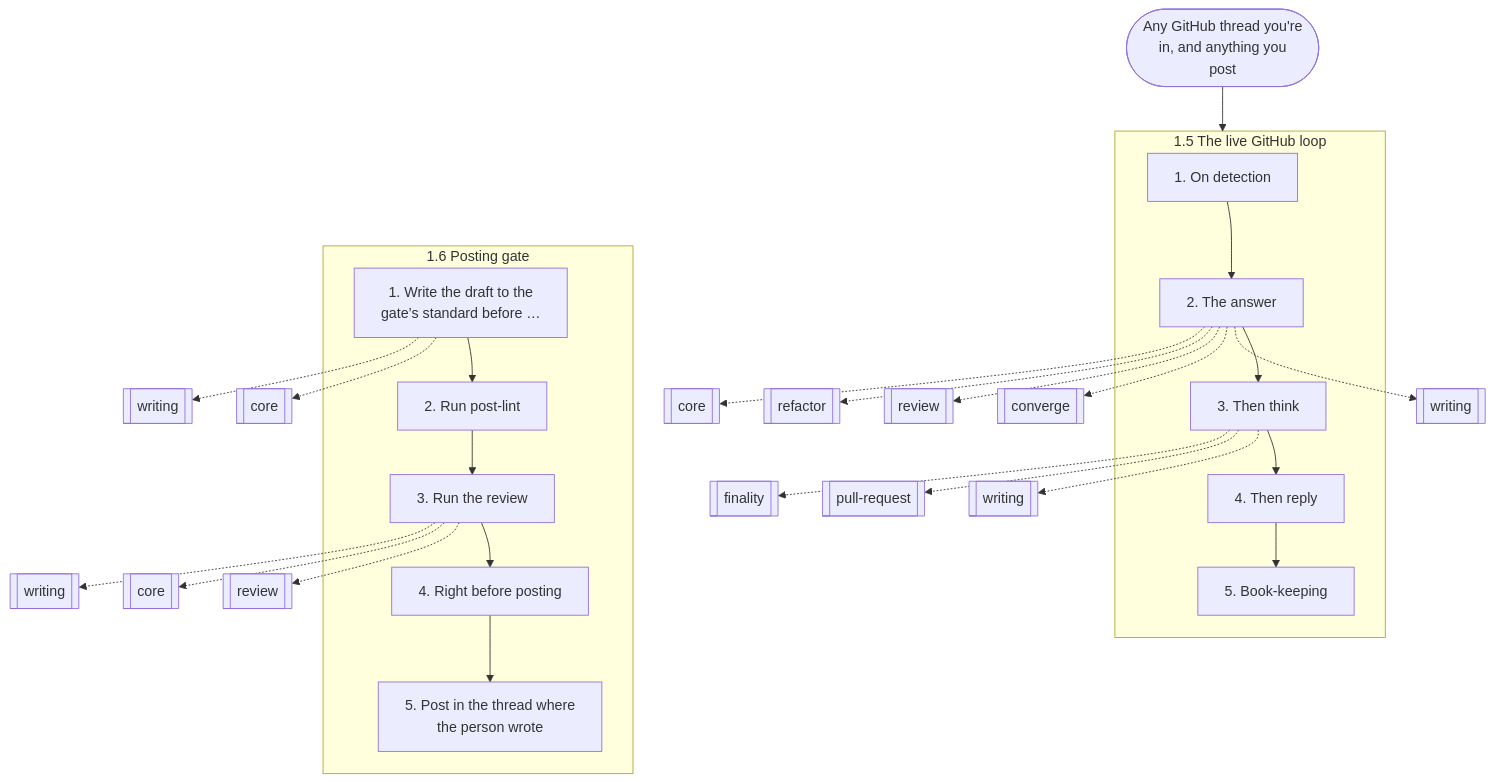
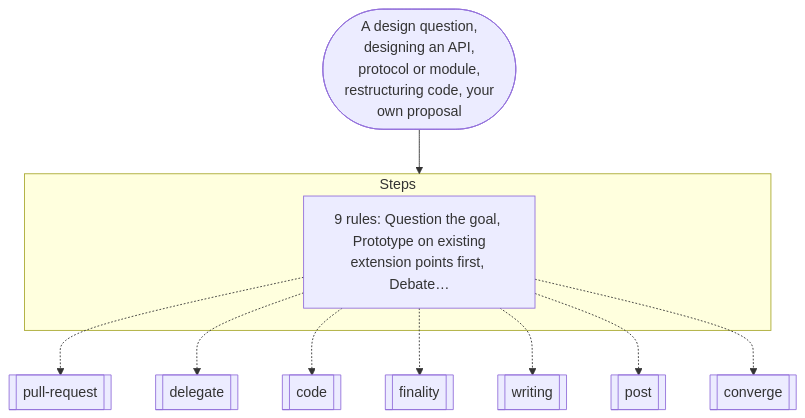
The fourth of 16 diagrams in docs/graphs.md (nitedani-agent/mergeworthy), drawn with Mermaid before and after one commit. The commit also changed other lines of this file and 60 other files, not shown here.

````diff
--- a/docs/graphs.md
+++ b/docs/graphs.md
@@ -133,41 +112,15 @@
 ```mermaid
 flowchart TB
-  start(["Any GitHub thread you're<br/>in, and anything you<br/>post"])
-  subgraph g0["1.5 The live GitHub loop"]
-    s0["1. On detection"]
-    s1["2. The answer"]
-    s0 --> s1
-    s2["3. Then think"]
-    s1 --> s2
-    s3["4. Then reply"]
-    s2 --> s3
-    s4["5. Book-keeping"]
-    s3 --> s4
+  start(["A design question,<br/>designing an API,<br/>protocol or module,<br/>restructuring code, your<br/>own proposal"])
+  subgraph g0["Steps"]
+    s0["9 rules: Question the goal, Prototype on existing<br/>extension points first, Debate…"]
   end
-  s1 -.-> r1[["writing"]]
-  s1 -.-> r2[["converge"]]
-  s1 -.-> r3[["review"]]
-  s1 -.-> r4[["refactor"]]
-  s1 -.-> r5[["core"]]
-  s2 -.-> r6[["writing"]]
-  s2 -.-> r7[["pull-request"]]
-  s2 -.-> r8[["finality"]]
-  subgraph g1["1.6 Posting gate"]
-    s5["1. Write the draft to the<br/>gate’s standard before …"]
-    s6["2. Run post-lint"]
-    s5 --> s6
-    s7["3. Run the review"]
-    s6 --> s7
-    s8["4. Right before posting"]
-    s7 --> s8
-    s9["5. Post in the thread where<br/>the person wrote"]
-    s8 --> s9
-  end
-  s5 -.-> r9[["core"]]
-  s5 -.-> r10[["writing"]]
-  s7 -.-> r11[["review"]]
-  s7 -.-> r12[["core"]]
-  s7 -.-> r13[["writing"]]
+  s0 -.-> r1[["pull-request"]]
+  s0 -.-> r2[["delegate"]]
+  s0 -.-> r3[["code"]]
+  s0 -.-> r4[["finality"]]
+  s0 -.-> r5[["writing"]]
+  s0 -.-> r6[["post"]]
+  s0 -.-> r7[["converge"]]
   start --> g0
-  g0 ~~~ g1
 ```
````
